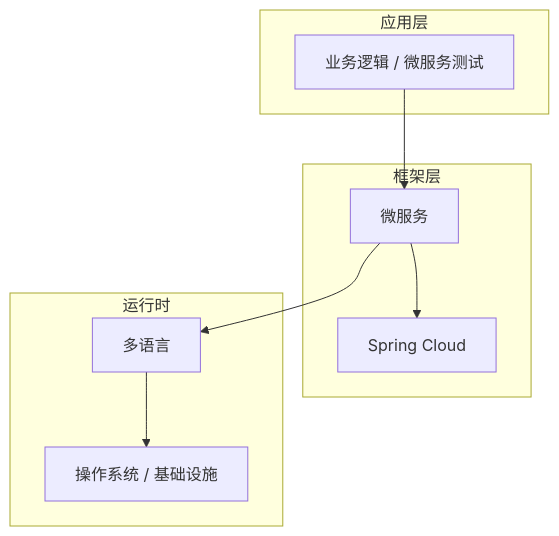
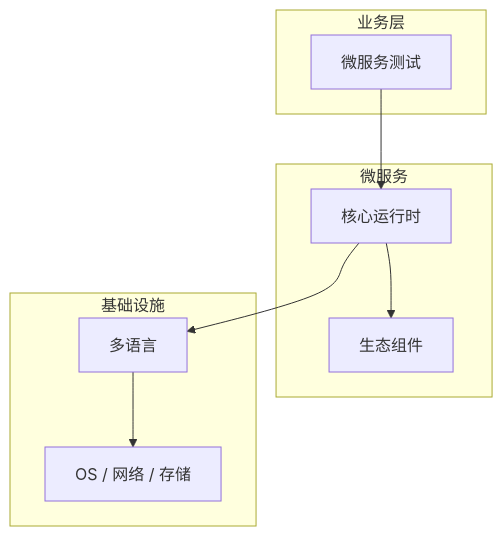
The diagram in articles/微服务架构/chapters/107-微服务测试核心概念与原理.md (yanggan2015/knowledge-json-v2), drawn with Mermaid before and after one commit. The commit also changed other lines of this file and 10127 other files, not shown here.

````diff
--- a/articles/微服务架构/chapters/107-微服务测试核心概念与原理.md
+++ b/articles/微服务架构/chapters/107-微服务测试核心概念与原理.md
@@ -45,18 +34,18 @@
 ```mermaid
 graph TB
-    subgraph 应用层
-        A[业务逻辑 / 微服务测试]
+    subgraph 业务层
+        A[微服务测试]
     end
-    subgraph 框架层
-        B[微服务]
-        C[Spring Cloud]
+    subgraph 微服务
+        B[核心运行时]
+        C[生态组件]
     end
-    subgraph 运行时
+    subgraph 基础设施
         D[多语言]
-        E[操作系统 / 基础设施]
+        E[OS / 网络 / 存储]
     end
     A --> B
     B --> C
     B --> D
     D --> E
 ```
````
